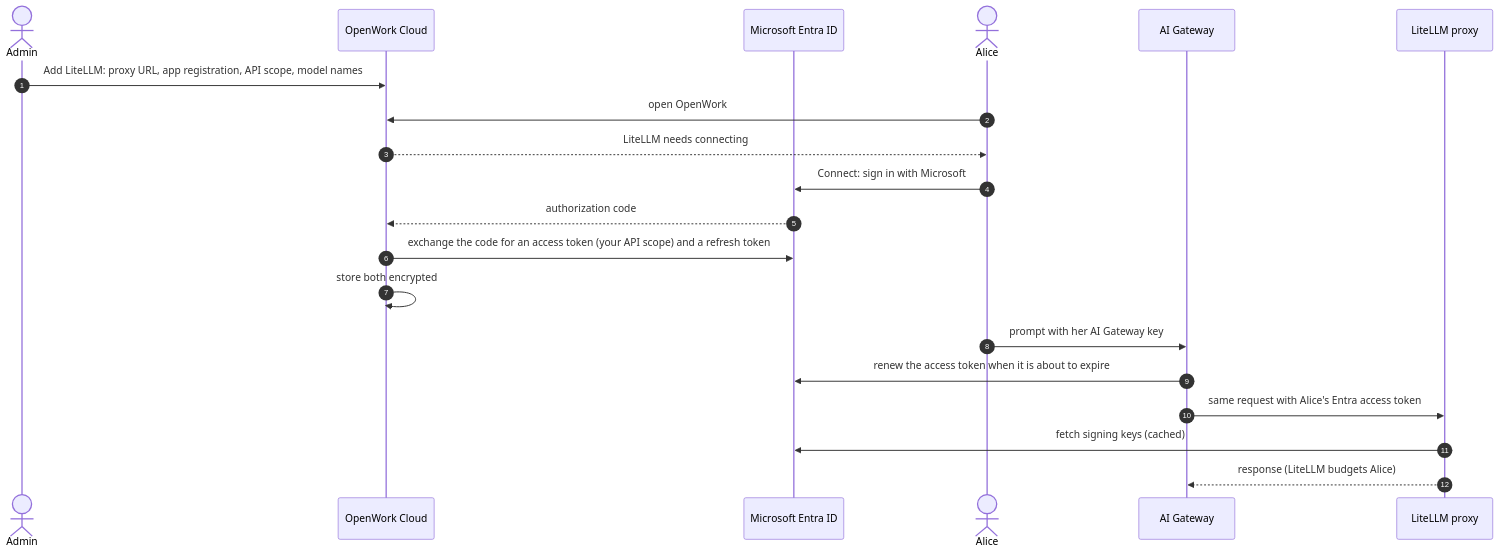
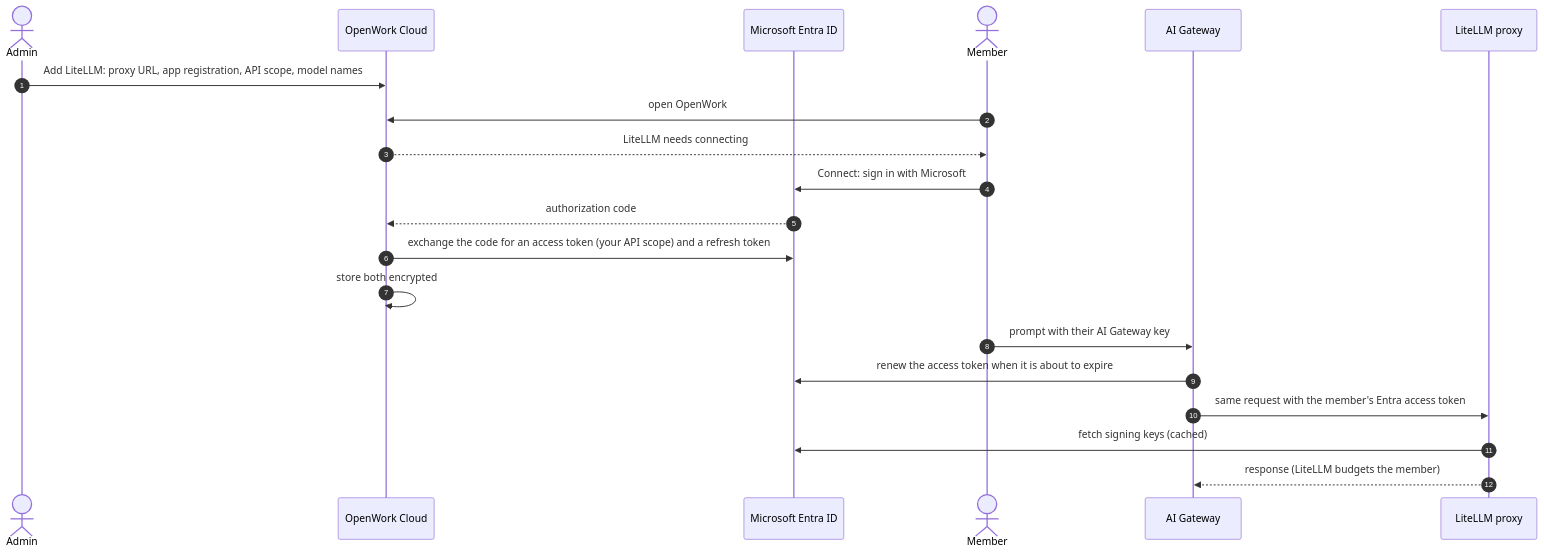
One commit to different-ai/openwork changed the sixth of 6 diagrams in packages/docs/ai-gateway/litellm.mdx. Above: the diagram before and after it, drawn with Mermaid. The commit also changed other lines of this file, not shown here.

Commit message:
docs(litellm): clarify JWT validation and token usage records

````diff
--- a/packages/docs/ai-gateway/litellm.mdx
+++ b/packages/docs/ai-gateway/litellm.mdx
@@ -191,23 +191,23 @@
 ```mermaid
 sequenceDiagram
   autonumber
   actor Admin
   participant Den as OpenWork Cloud
   participant Entra as Microsoft Entra ID
-  actor Alice
+  actor Member
   participant GW as AI Gateway
   participant LL as LiteLLM proxy
 
   Admin->>Den: Add LiteLLM: proxy URL, app registration, API scope, model names
-  Alice->>Den: open OpenWork
-  Den-->>Alice: LiteLLM needs connecting
-  Alice->>Entra: Connect: sign in with Microsoft
+  Member->>Den: open OpenWork
+  Den-->>Member: LiteLLM needs connecting
+  Member->>Entra: Connect: sign in with Microsoft
   Entra-->>Den: authorization code
   Den->>Entra: exchange the code for an access token (your API scope) and a refresh token
   Den->>Den: store both encrypted
-  Alice->>GW: prompt with her AI Gateway key
+  Member->>GW: prompt with their AI Gateway key
   GW->>Entra: renew the access token when it is about to expire
-  GW->>LL: same request with Alice's Entra access token
+  GW->>LL: same request with the member's Entra access token
   LL->>Entra: fetch signing keys (cached)
-  LL-->>GW: response (LiteLLM budgets Alice)
+  LL-->>GW: response (LiteLLM budgets the member)
 ```
````
